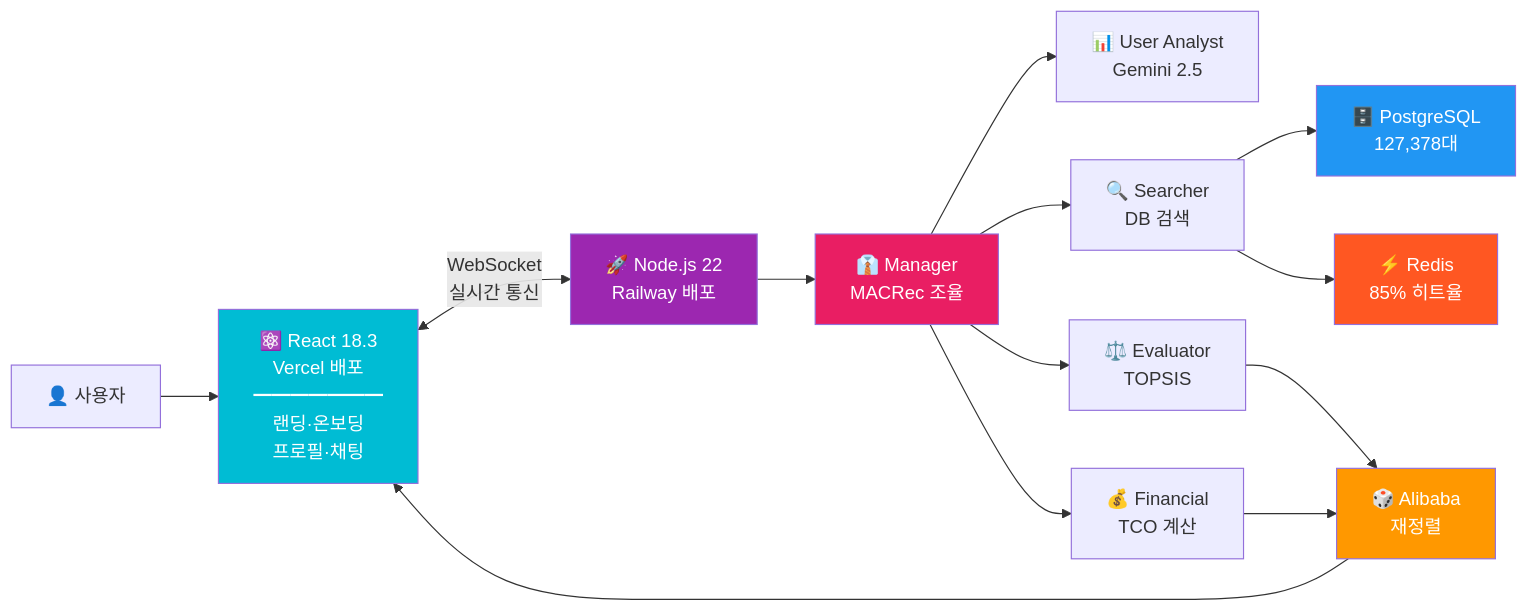
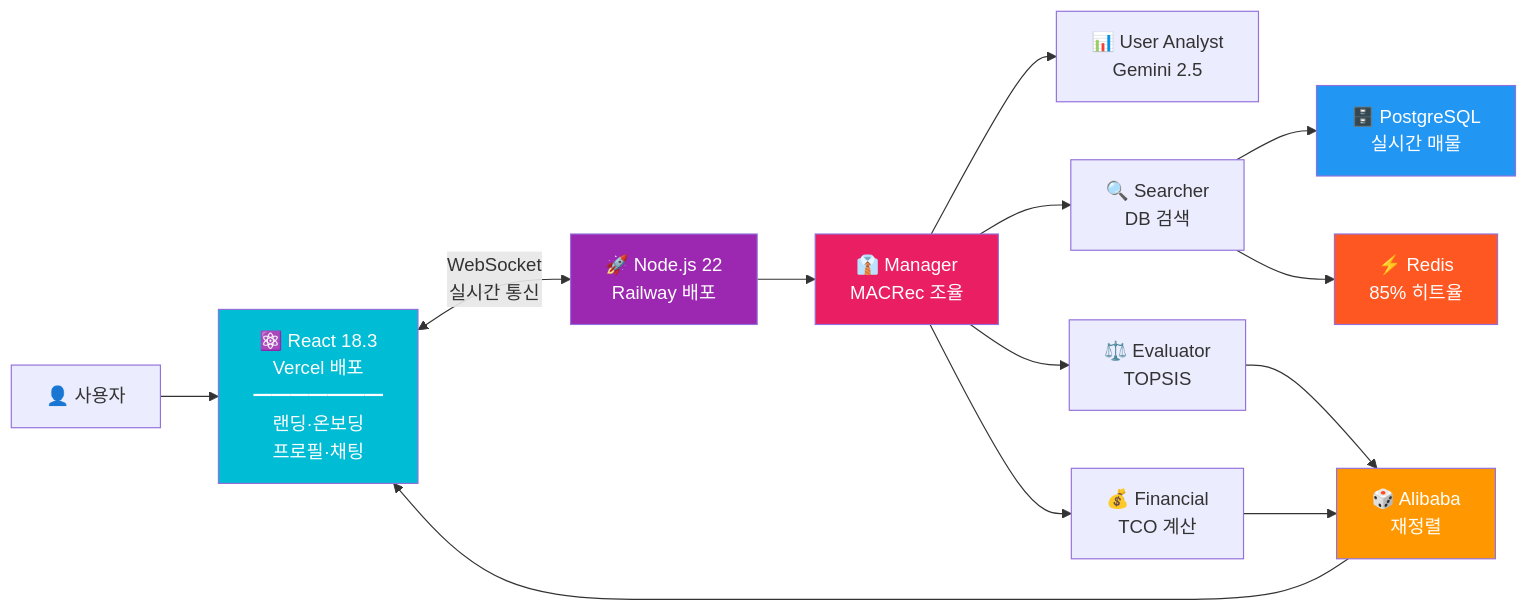
The sixth of 8 diagrams in README.md (SeSAC-DA1/CarFin_AI_Final), drawn with Mermaid before and after one commit. The commit also changed other lines of this file, not shown here.

````diff
--- a/README.md
+++ b/README.md
@@ -303,28 +303,28 @@
 ```mermaid
 flowchart LR
     User["👤 사용자"] --> Frontend["⚛️ React 18.3<br/>Vercel 배포<br/>━━━━━━━<br/>랜딩·온보딩<br/>프로필·채팅"]
 
     Frontend <-->|"WebSocket<br/>실시간 통신"| Backend["🚀 Node.js 22<br/>Railway 배포"]
 
     Backend --> Manager["👔 Manager<br/>MACRec 조율"]
 
     Manager --> Analyst["📊 User Analyst<br/>Gemini 2.5"]
     Manager --> Searcher["🔍 Searcher<br/>DB 검색"]
     Manager --> Evaluator["⚖️ Evaluator<br/>TOPSIS"]
     Manager --> Finance["💰 Financial<br/>TCO 계산"]
 
-    Searcher --> DB["🗄️ PostgreSQL<br/>127,378대"]
+    Searcher --> DB["🗄️ PostgreSQL<br/>실시간 매물"]
     Searcher --> Redis["⚡ Redis<br/>85% 히트율"]
 
     Evaluator --> Rerank["🎲 Alibaba<br/>재정렬"]
     Finance --> Rerank
 
     Rerank --> Frontend
 
     style Frontend fill:#00BCD4,color:#fff
     style Backend fill:#9C27B0,color:#fff
     style Manager fill:#E91E63,color:#fff
     style Rerank fill:#FF9800,color:#fff
     style DB fill:#2196F3,color:#fff
     style Redis fill:#FF5722,color:#fff
 ```
````
